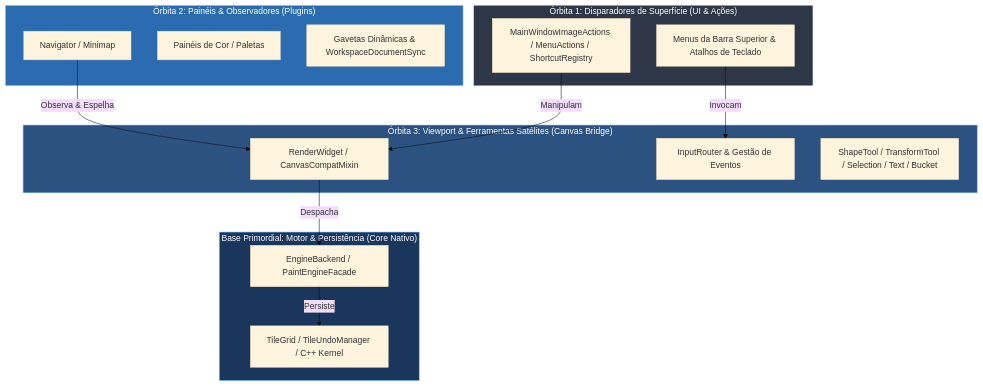
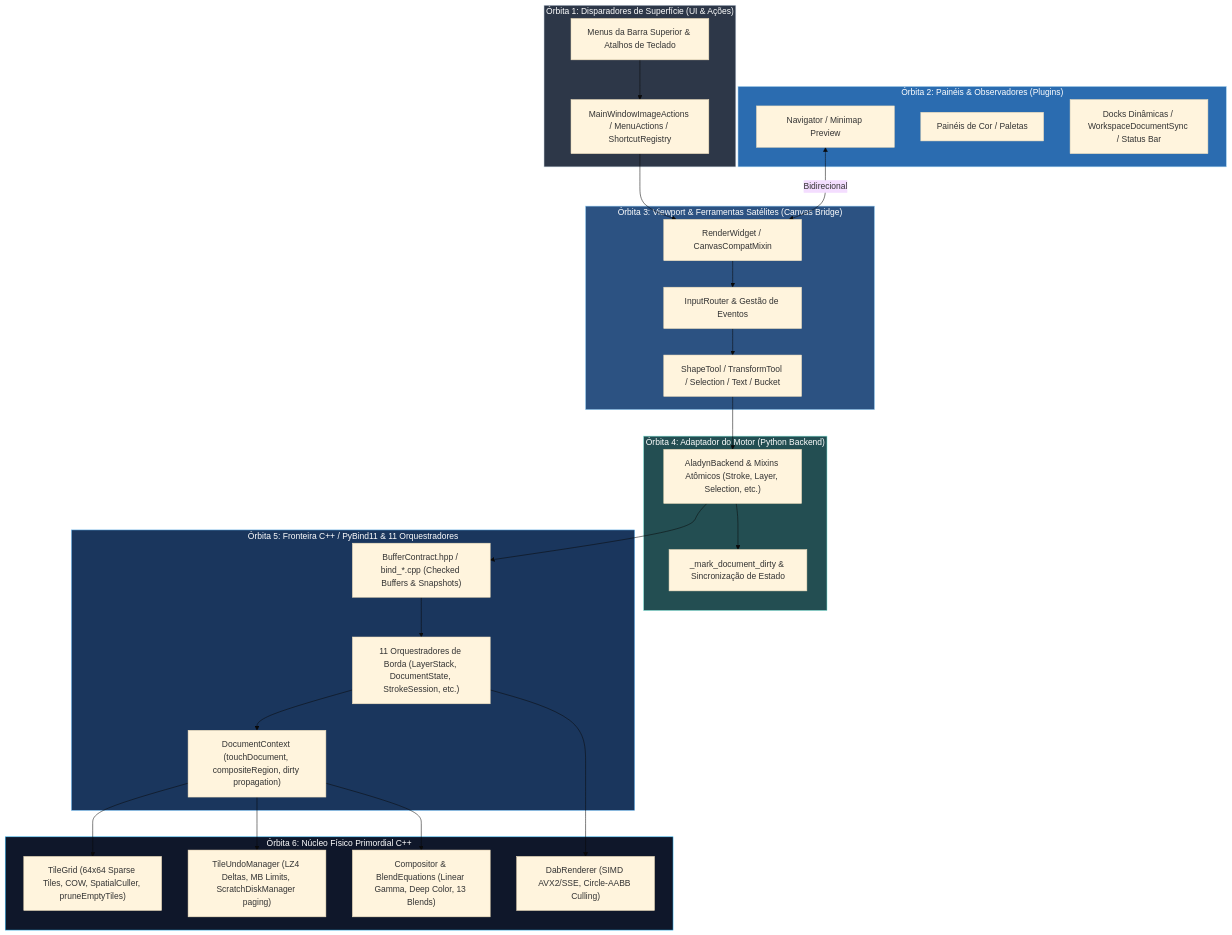
The diagram in docs/01-correcao-da-base/06-auditoria-orbital-decomposta.md (hideakibellstudio-coder/lumenia-art-studio), drawn with Mermaid (base theme) before and after one commit. The commit also changed other lines of this file and 2 other files, not shown here.

````diff
--- a/docs/01-correcao-da-base/06-auditoria-orbital-decomposta.md
+++ b/docs/01-correcao-da-base/06-auditoria-orbital-decomposta.md
@@ -27,35 +27,59 @@
 ```mermaid
 flowchart TD
     subgraph O1["Órbita 1: Disparadores de Superfície (UI & Ações)"]
         Menus["Menus da Barra Superior & Atalhos de Teclado"]
         Mixins["MainWindowImageActions / MenuActions / ShortcutRegistry"]
     end
 
     subgraph O2["Órbita 2: Painéis & Observadores (Plugins)"]
-        Nav["Navigator / Minimap"]
+        Nav["Navigator / Minimap Preview"]
         ColorWheel["Painéis de Cor / Paletas"]
-        Docks["Gavetas Dinâmicas & WorkspaceDocumentSync"]
+        Docks["Docks Dinâmicas / WorkspaceDocumentSync / Status Bar"]
     end
 
     subgraph O3["Órbita 3: Viewport & Ferramentas Satélites (Canvas Bridge)"]
         RW["RenderWidget / CanvasCompatMixin"]
         Router["InputRouter & Gestão de Eventos"]
         SatTools["ShapeTool / TransformTool / Selection / Text / Bucket"]
     end
 
-    subgraph Core["Base Primordial: Motor & Persistência (Core Nativo)"]
-        Facade["EngineBackend / PaintEngineFacade"]
-        TileGrid["TileGrid / TileUndoManager / C++ Kernel"]
+    subgraph O4["Órbita 4: Adaptador do Motor (Python Backend)"]
+        Backend["AladynBackend & Mixins Atômicos (Stroke, Layer, Selection, etc.)"]
+        DirtyTracker["_mark_document_dirty & Sincronização de Estado"]
     end
 
-    Menus -->|"Invocam"| Router
-    Mixins -->|"Manipulam"| RW
-    Nav -->|"Observa & Espelha"| RW
-    RW -->|"Despacha"| Facade
-    Facade -->|"Persiste"| TileGrid
+    subgraph O5["Órbita 5: Fronteira C++ / PyBind11 & 11 Orquestradores"]
+        PyBind["BufferContract.hpp / bind_*.cpp (Checked Buffers & Snapshots)"]
+        Orchestrators["11 Orquestradores de Borda (LayerStack, DocumentState, StrokeSession, etc.)"]
+        DocCtx["DocumentContext (touchDocument, compositeRegion, dirty propagation)"]
+    end
+
+    subgraph O6["Órbita 6: Núcleo Físico Primordial C++"]
+        TileGrid["TileGrid (64x64 Sparse Tiles, COW, SpatialCuller, pruneEmptyTiles)"]
+        UndoMgr["TileUndoManager (LZ4 Deltas, MB Limits, ScratchDiskManager paging)"]
+        Comp["Compositor & BlendEquations (Linear Gamma, Deep Color, 13 Blends)"]
+        DabSIMD["DabRenderer (SIMD AVX2/SSE, Circle-AABB Culling)"]
+    end
+
+    Menus --> Mixins
+    Mixins --> RW
+    Nav <-->|"Bidirecional"| RW
+    RW --> Router
+    Router --> SatTools
+    SatTools --> Backend
+    Backend --> DirtyTracker
+    Backend --> PyBind
+    PyBind --> Orchestrators
+    Orchestrators --> DocCtx
+    DocCtx --> TileGrid
+    DocCtx --> UndoMgr
+    DocCtx --> Comp
+    Orchestrators --> DabSIMD
 
     style O1 fill:#2d3748,stroke:#cbd5e0,color:#fff
     style O2 fill:#2b6cb0,stroke:#bee3f8,color:#fff
     style O3 fill:#2c5282,stroke:#90cdf4,color:#fff
-    style Core fill:#1a365d,stroke:#63b3ed,color:#fff
+    style O4 fill:#234e52,stroke:#81e6d9,color:#fff
+    style O5 fill:#1a365d,stroke:#63b3ed,color:#fff
+    style O6 fill:#0f172a,stroke:#38bdf8,color:#fff
 ```
````
